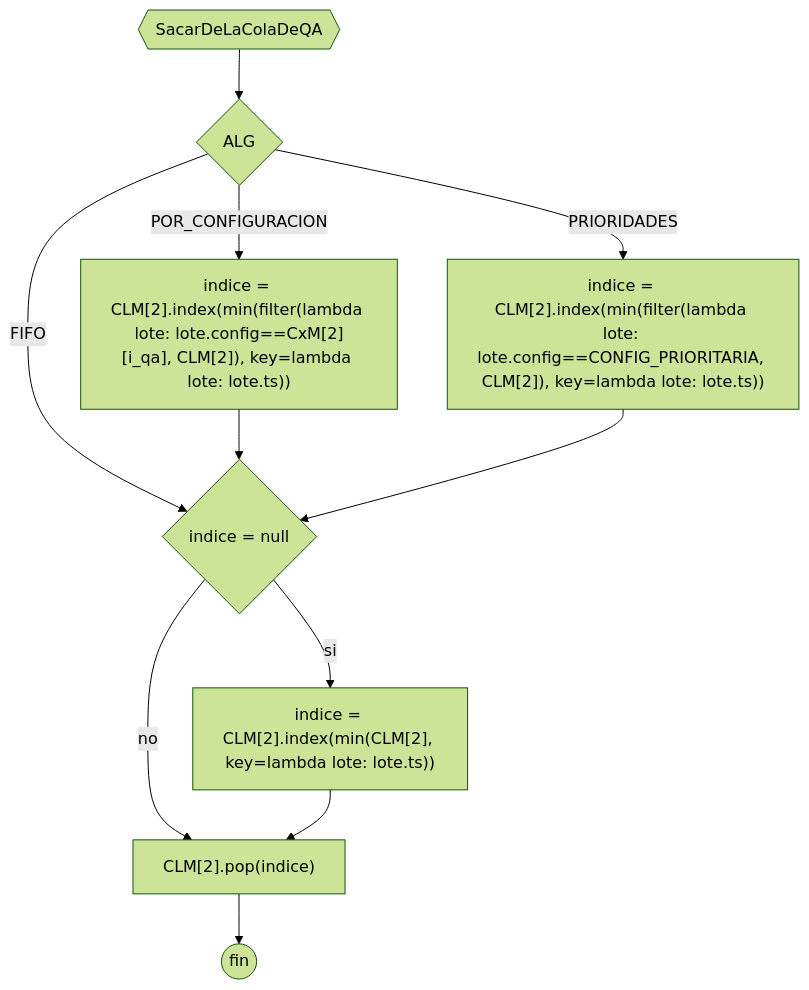
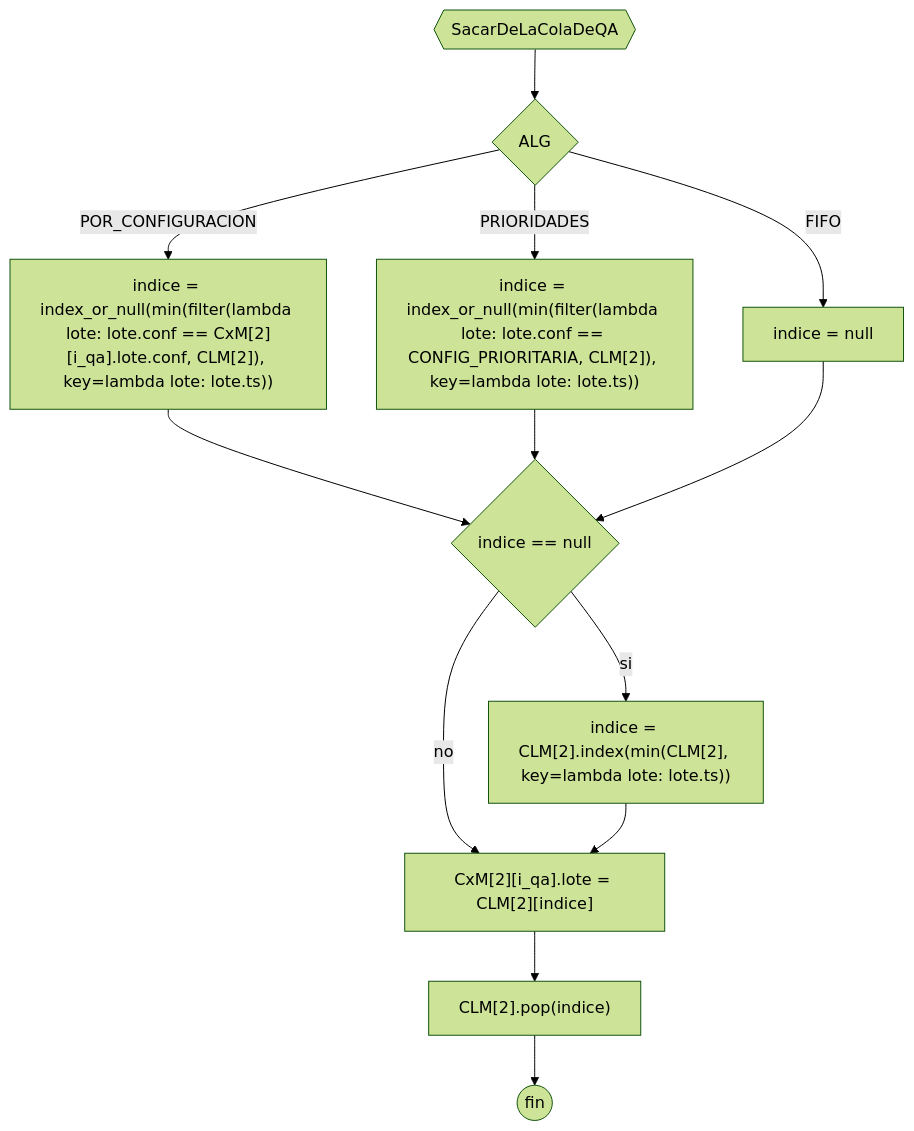
One commit to JuanManuelPrividera/TP-Simu changed the diagram in docs/Diagramas/qa/SacarDeLaColaDeQA.mermaid. Above: the diagram before and after it, drawn with Mermaid (forest theme). The commit also changed 24 other files, not shown here.

```diff
--- a/docs/Diagramas/qa/SacarDeLaColaDeQA.mermaid
+++ b/docs/Diagramas/qa/SacarDeLaColaDeQA.mermaid
@@ -1,11 +1,12 @@
 flowchart TD
 a0{{SacarDeLaColaDeQA}} --> if{ALG}
-if --> |POR_CONFIGURACION| a2["indice = CLM[2].index(min(filter(lambda lote: lote.config==CxM[2][i_qa], CLM[2]), key=lambda lote: lote.ts))"]
-if --> |PRIORIDADES| a3["indice = CLM[2].index(min(filter(lambda lote: lote.config==CONFIG_PRIORITARIA, CLM[2]), key=lambda lote: lote.ts))"]
-if --> |FIFO| a1{indice = null}
-a1 --> |si| b["indice = CLM[2].index(min(CLM[2], key=lambda lote: lote.ts))"]
-a1 --> |no| g
-a2 --> a1
-a3 --> a1
-b --> g["CLM[2].pop(indice)"]
-g --> h((fin))
+if --> |POR_CONFIGURACION| a2["indice = index_or_null(min(filter(lambda lote: lote.conf == CxM[2][i_qa].lote.conf, CLM[2]), key=lambda lote: lote.ts))"]
+if --> |PRIORIDADES| a3["indice = index_or_null(min(filter(lambda lote: lote.conf == CONFIG_PRIORITARIA, CLM[2]), key=lambda lote: lote.ts))"]
+if --> |FIFO| a1["indice = null"]
+a2 --> a4
+a3 --> a4
+a1 --> a4{"indice == null"}
+a4 --> |si| b["indice = CLM[2].index(min(CLM[2], key=lambda lote: lote.ts))"]
+a4 --> |no| g
+b --> g["CxM[2][i_qa].lote = CLM[2][indice]"]
+g --> h["CLM[2].pop(indice)"] --> fin((fin))
```
